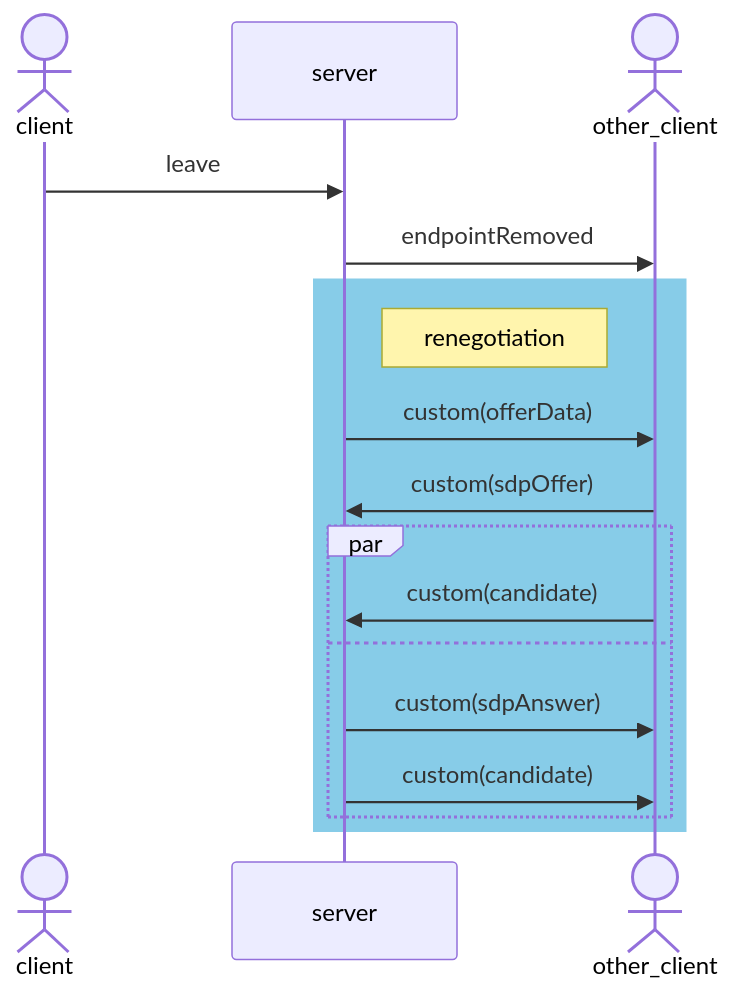
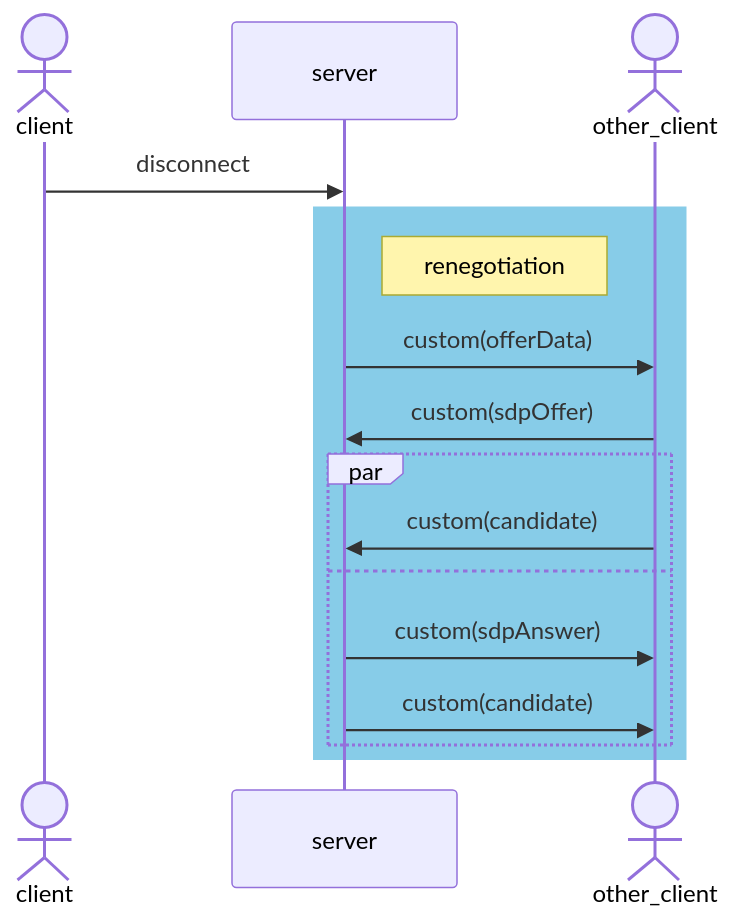
Before and after one commit to fishjam-dev/membrane_rtc_engine: the third of 3 diagrams in internal_docs/protocol.md, drawn with Mermaid. The commit also changed other lines of this file and 14 other files, not shown here.

````diff
--- a/internal_docs/protocol.md
+++ b/internal_docs/protocol.md
@@ -48,19 +48,18 @@
 ```mermaid
 sequenceDiagram
     actor client
     participant server
     actor other_client
-    client->>server: leave
-    server->>other_client: endpointRemoved
+    client->>server: disconnect
     rect rgb(135, 204, 232)
         note right of server: renegotiation
         server->>other_client: custom(offerData)
         other_client->>server: custom(sdpOffer)
         par
             other_client->>server: custom(candidate)
         and
             server->>other_client: custom(sdpAnswer)
             server->>other_client: custom(candidate)
         end
     end
 ```
````
